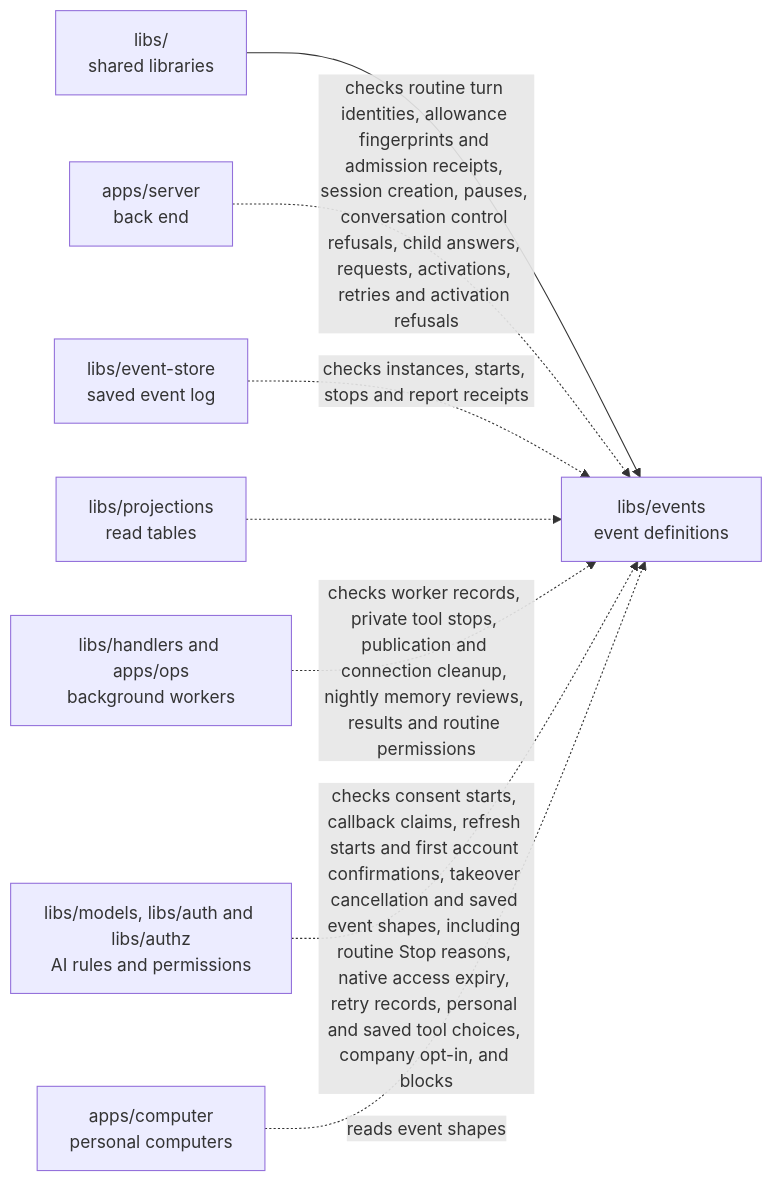
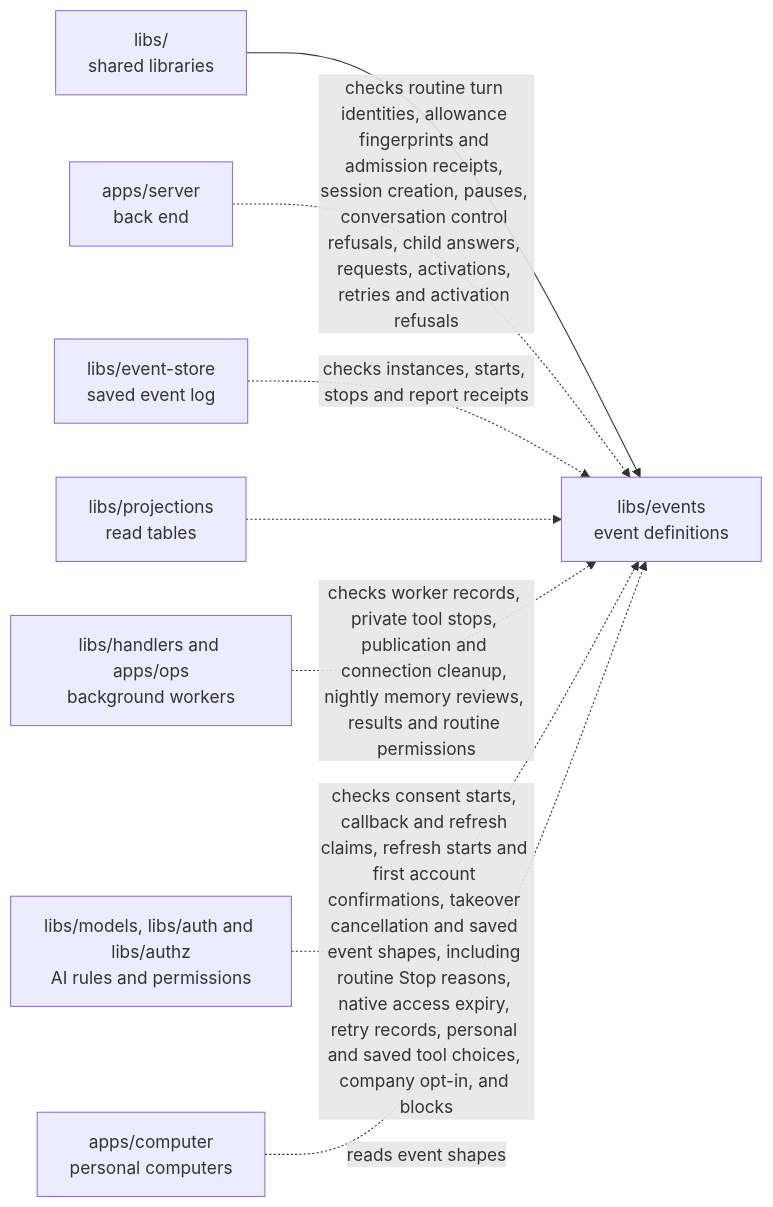
The diagram in libs/events/README.md (elewa-git/opencrane-new), drawn with Mermaid before and after one commit. The commit also changed other lines of this file and 9 other files, not shown here.

````diff
--- a/libs/events/README.md
+++ b/libs/events/README.md
@@ -34,10 +36,10 @@
 ```mermaid
 flowchart LR
   parent["libs/<br/>shared libraries"] --> events["libs/events<br/>event definitions"]
   server["apps/server<br/>back end"] -.->|checks routine turn identities, allowance fingerprints and admission receipts, session creation, pauses, conversation control refusals, child answers, requests, activations, retries and activation refusals| events
   store["libs/event-store<br/>saved event log"] -.->|checks instances, starts, stops and report receipts| events
   projections["libs/projections<br/>read tables"] -.-> events
   workers["libs/handlers and apps/ops<br/>background workers"] -.->|checks worker records, private tool stops, publication and connection cleanup, nightly memory reviews, results and routine permissions| events
-  models["libs/models, libs/auth and libs/authz<br/>AI rules and permissions"] -.->|checks consent starts, callback claims, refresh starts and first account confirmations, takeover cancellation and saved event shapes, including routine Stop reasons, native access expiry, retry records, personal and saved tool choices, company opt-in, and blocks| events
+  models["libs/models, libs/auth and libs/authz<br/>AI rules and permissions"] -.->|checks consent starts, callback and refresh claims, refresh starts and first account confirmations, takeover cancellation and saved event shapes, including routine Stop reasons, native access expiry, retry records, personal and saved tool choices, company opt-in, and blocks| events
   computer["apps/computer<br/>personal computers"] -.->|reads event shapes| events
 ```
````
